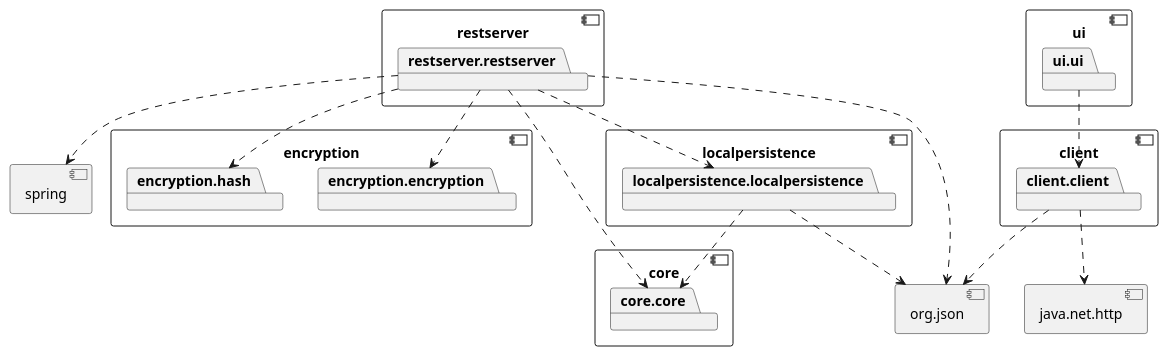
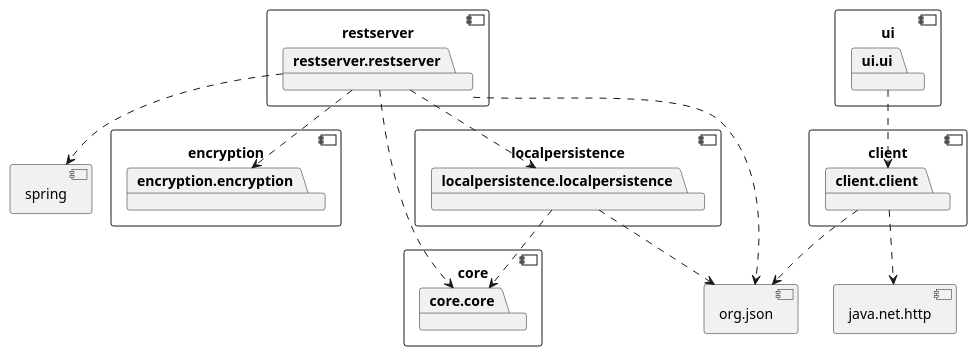
One commit to julian-ao/password-manager changed the diagram in docs/project-architecture/PUML-diagrams/PackageDiagram.plantuml. Above: the diagram before and after it, drawn with PlantUML. The commit also changed 7 other files, not shown here.

```diff
--- a/docs/project-architecture/PUML-diagrams/PackageDiagram.plantuml
+++ b/docs/project-architecture/PUML-diagrams/PackageDiagram.plantuml
@@ -1,45 +1,43 @@
 @startuml
 component encryption{
 package encryption.encryption
-package encryption.hash
 }
 
 component ui{
 package ui.ui
 }
 
 component client{
 package client.client
 }
 
 component restserver{
 package restserver.restserver
 }
 
 component localpersistence{
 package localpersistence.localpersistence
 }
 
 component core{
 package core.core
 }
 
 component java.net.http{
 }
 component org.json{
 }
 component spring{
 }
 
 restserver.restserver ..> core.core
 restserver.restserver ..> encryption.encryption
-restserver.restserver ..> encryption.hash
 restserver.restserver ..> localpersistence.localpersistence
 localpersistence.localpersistence ..> core.core
 ui.ui ..> client.client
 restserver.restserver ..> spring
 localpersistence.localpersistence ..> org.json
 restserver.restserver ..> org.json
 client.client ..> org.json
 client.client ..> java.net.http
 @enduml
```
